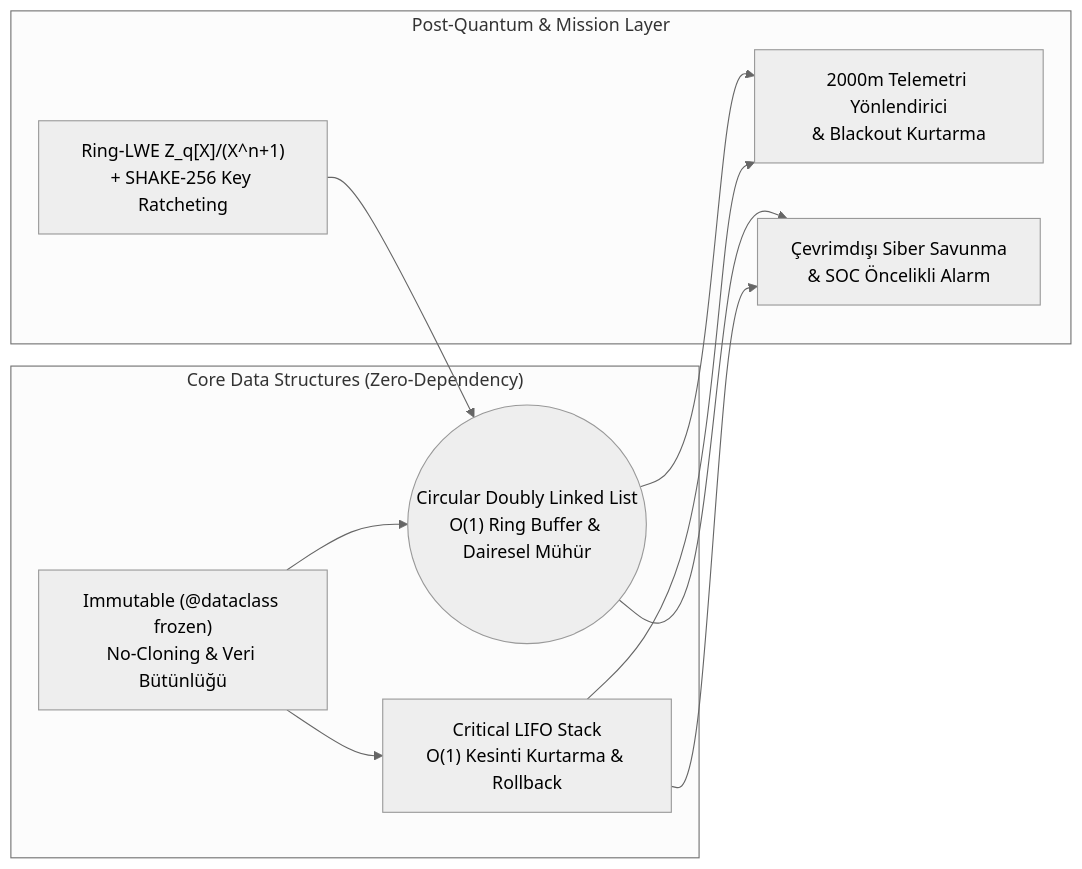
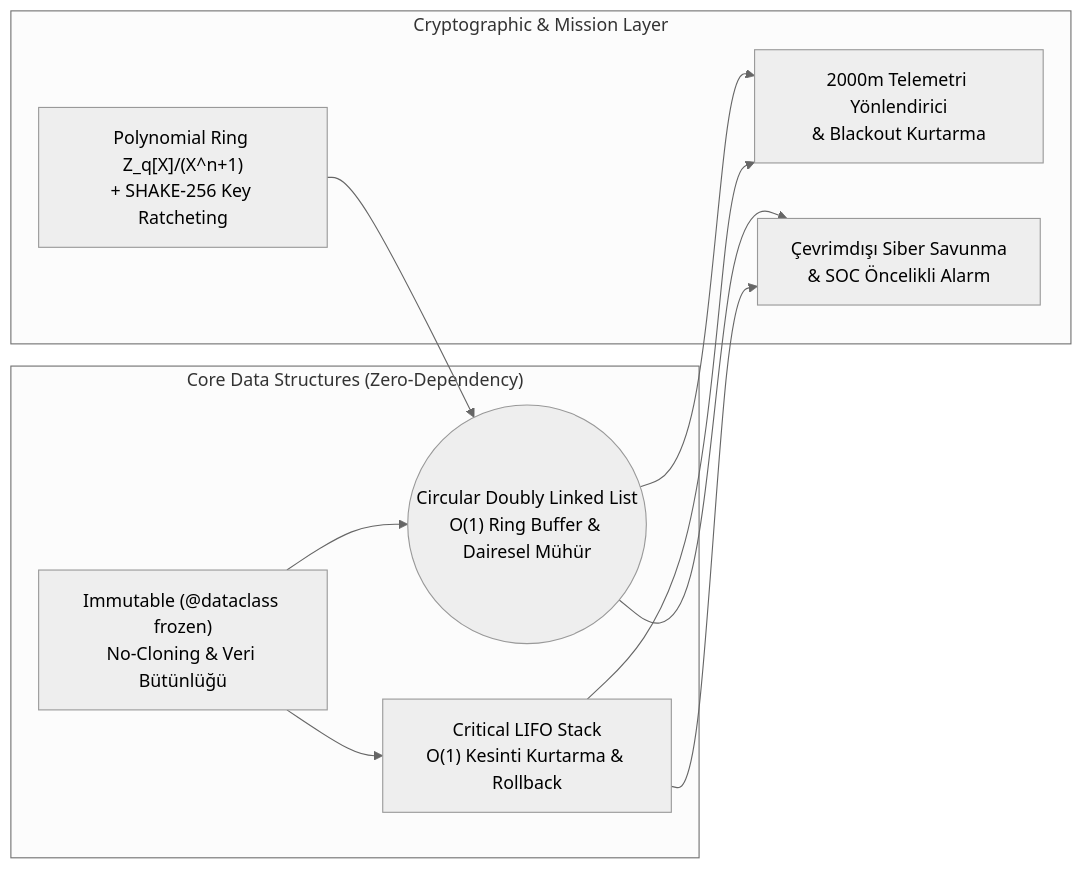
The diagram in README.md (akkoyungulnisa/astroq-link), drawn with Mermaid (neutral theme) before and after one commit. The commit also changed other lines of this file, not shown here.

````diff
--- a/README.md
+++ b/README.md
@@ -67,22 +75,22 @@
 ```mermaid
 graph LR
     subgraph "Core Data Structures (Zero-Dependency)"
         IMM["Immutable (@dataclass frozen)<br/>No-Cloning & Veri Bütünlüğü"]
         CDLL(("Circular Doubly Linked List<br/>O(1) Ring Buffer & Dairesel Mühür"))
         STK["Critical LIFO Stack<br/>O(1) Kesinti Kurtarma & Rollback"]
     end
 
-    subgraph "Post-Quantum & Mission Layer"
-        LWE["Ring-LWE Z_q[X]/(X^n+1)<br/>+ SHAKE-256 Key Ratcheting"]
+    subgraph "Cryptographic & Mission Layer"
+        LWE["Polynomial Ring Z_q[X]/(X^n+1)<br/>+ SHAKE-256 Key Ratcheting"]
         TEL["2000m Telemetri Yönlendirici<br/>& Blackout Kurtarma"]
         SHD["Çevrimdışı Siber Savunma<br/>& SOC Öncelikli Alarm"]
     end
 
     IMM --> CDLL
     IMM --> STK
     LWE --> CDLL
     CDLL --> TEL
     CDLL --> SHD
     STK --> TEL
     STK --> SHD
 ```
````
